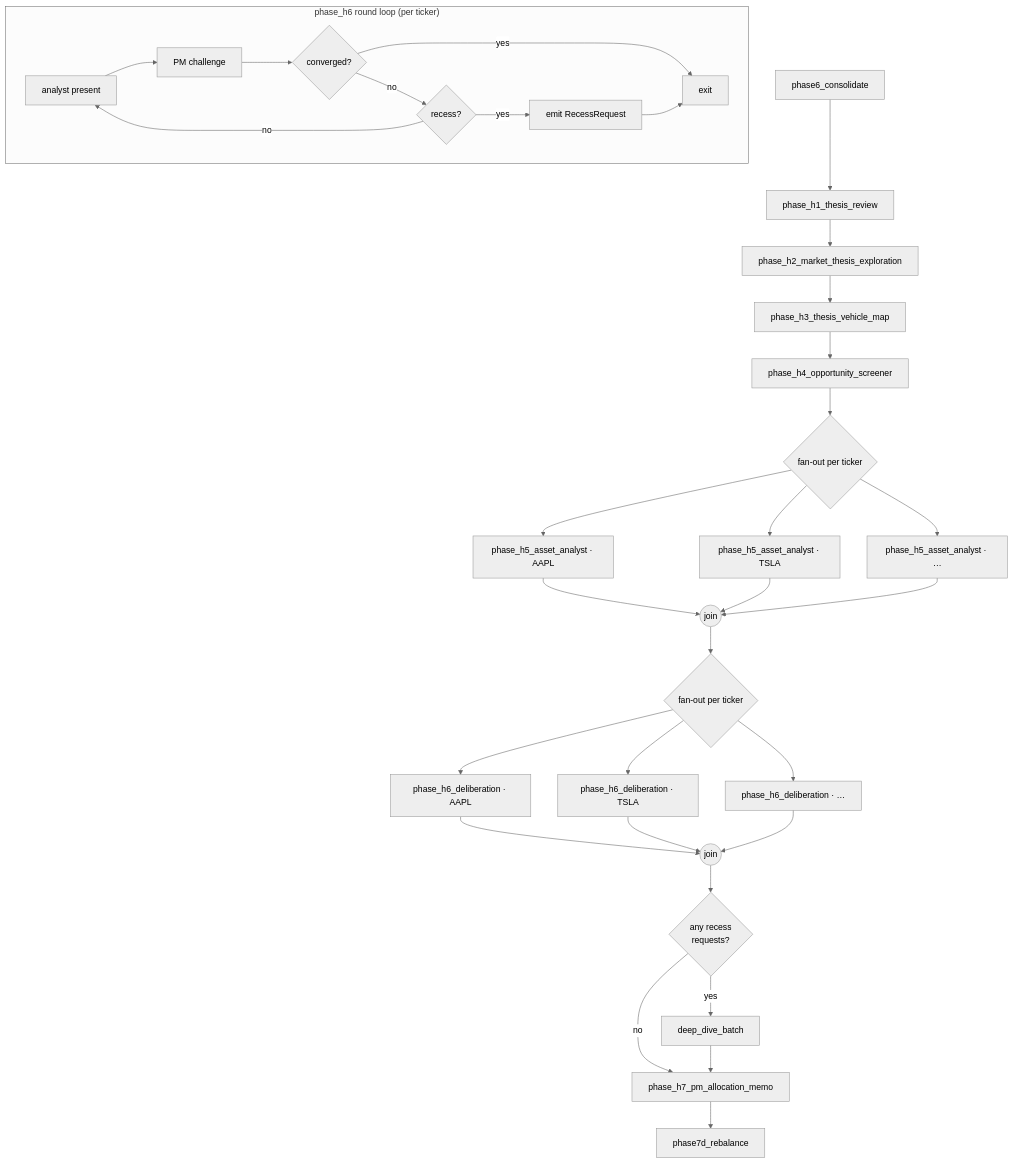
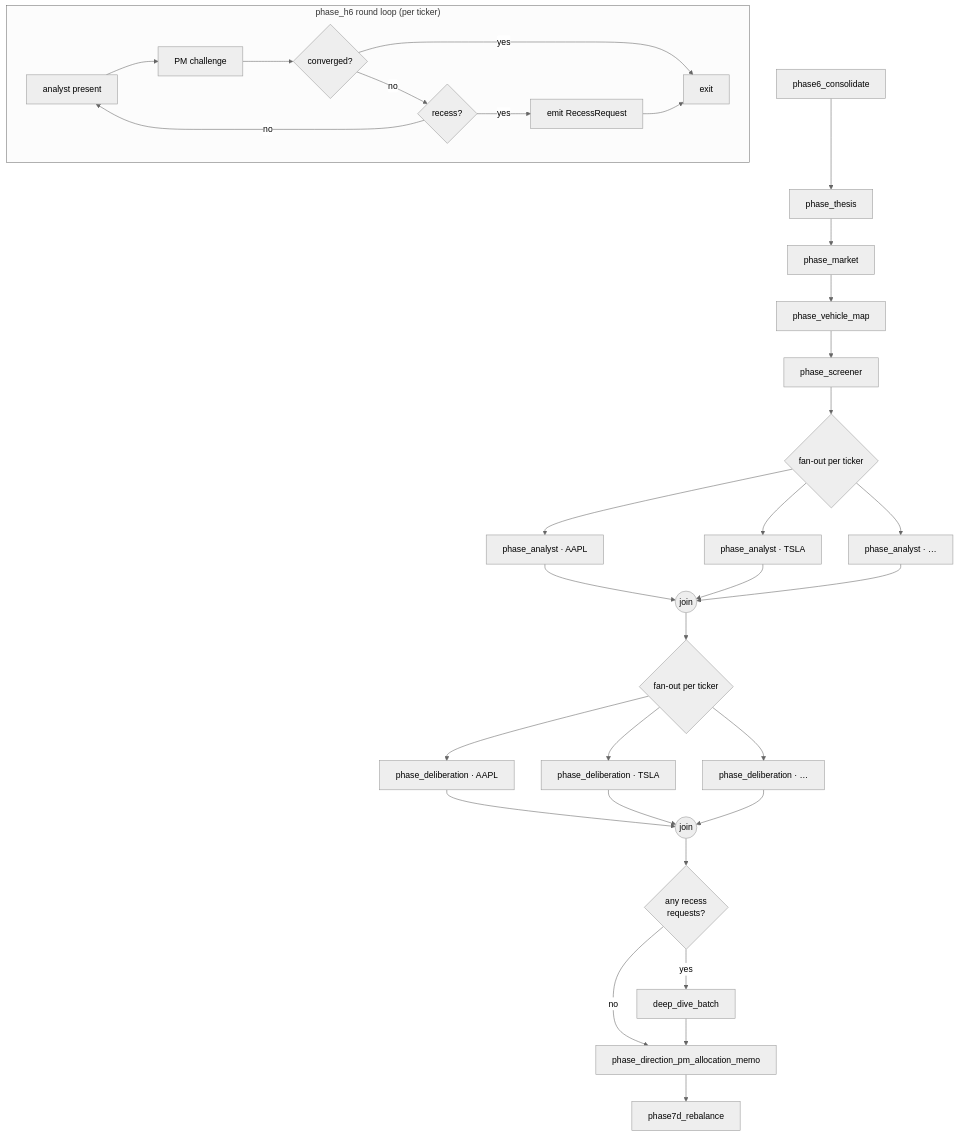
One commit to digithings-ai/digithings changed the diagram in digiquant/src/digiquant/portfolio/docs/PORTFOLIO_SUBGRAPH.md. Above: the diagram before and after it, drawn with Mermaid (neutral theme). The commit also changed other lines of this file and 164 other files, not shown here.

````diff
--- a/digiquant/src/digiquant/portfolio/docs/PORTFOLIO_SUBGRAPH.md
+++ b/digiquant/src/digiquant/portfolio/docs/PORTFOLIO_SUBGRAPH.md
@@ -71,36 +71,36 @@
 ```mermaid
 flowchart TD
-    P6[phase6_consolidate] --> H1[phase_h1_thesis_review]
-    H1 --> H2[phase_h2_market_thesis_exploration]
-    H2 --> H3[phase_h3_thesis_vehicle_map]
-    H3 --> H4[phase_h4_opportunity_screener]
+    P6[phase6_consolidate] --> H1[phase_thesis]
+    H1 --> H2[phase_market]
+    H2 --> H3[phase_vehicle_map]
+    H3 --> H4[phase_screener]
     H4 --> FAN1{fan-out per ticker}
-    FAN1 --> H5A[phase_h5_asset_analyst · AAPL]
-    FAN1 --> H5B[phase_h5_asset_analyst · TSLA]
-    FAN1 --> H5N[phase_h5_asset_analyst · …]
-    H5A --> JOIN1((join))
-    H5B --> JOIN1
-    H5N --> JOIN1
+    FAN1 --> AnalystA[phase_analyst · AAPL]
+    FAN1 --> AnalystB[phase_analyst · TSLA]
+    FAN1 --> AnalystN[phase_analyst · …]
+    AnalystA --> JOIN1((join))
+    AnalystB --> JOIN1
+    AnalystN --> JOIN1
     JOIN1 --> FAN2{fan-out per ticker}
-    FAN2 --> H6A[phase_h6_deliberation · AAPL]
-    FAN2 --> H6B[phase_h6_deliberation · TSLA]
-    FAN2 --> H6N[phase_h6_deliberation · …]
-    H6A --> JOIN2((join))
-    H6B --> JOIN2
-    H6N --> JOIN2
+    FAN2 --> DeliberationA[phase_deliberation · AAPL]
+    FAN2 --> DeliberationB[phase_deliberation · TSLA]
+    FAN2 --> DeliberationN[phase_deliberation · …]
+    DeliberationA --> JOIN2((join))
+    DeliberationB --> JOIN2
+    DeliberationN --> JOIN2
     JOIN2 --> DD{any recess<br/>requests?}
     DD -- yes --> DDB[deep_dive_batch]
     DD -- no --> H7
-    DDB --> H7[phase_h7_pm_allocation_memo]
+    DDB --> H7[phase_direction_pm_allocation_memo]
     H7 --> P7D[phase7d_rebalance]
 
     subgraph round_loop["phase_h6 round loop (per ticker)"]
         R1[analyst present] --> R2[PM challenge]
         R2 --> R3{converged?}
         R3 -- yes --> R4[exit]
         R3 -- no --> R5{recess?}
         R5 -- no --> R1
         R5 -- yes --> R6[emit RecessRequest]
         R6 --> R4
     end
 ```
````
